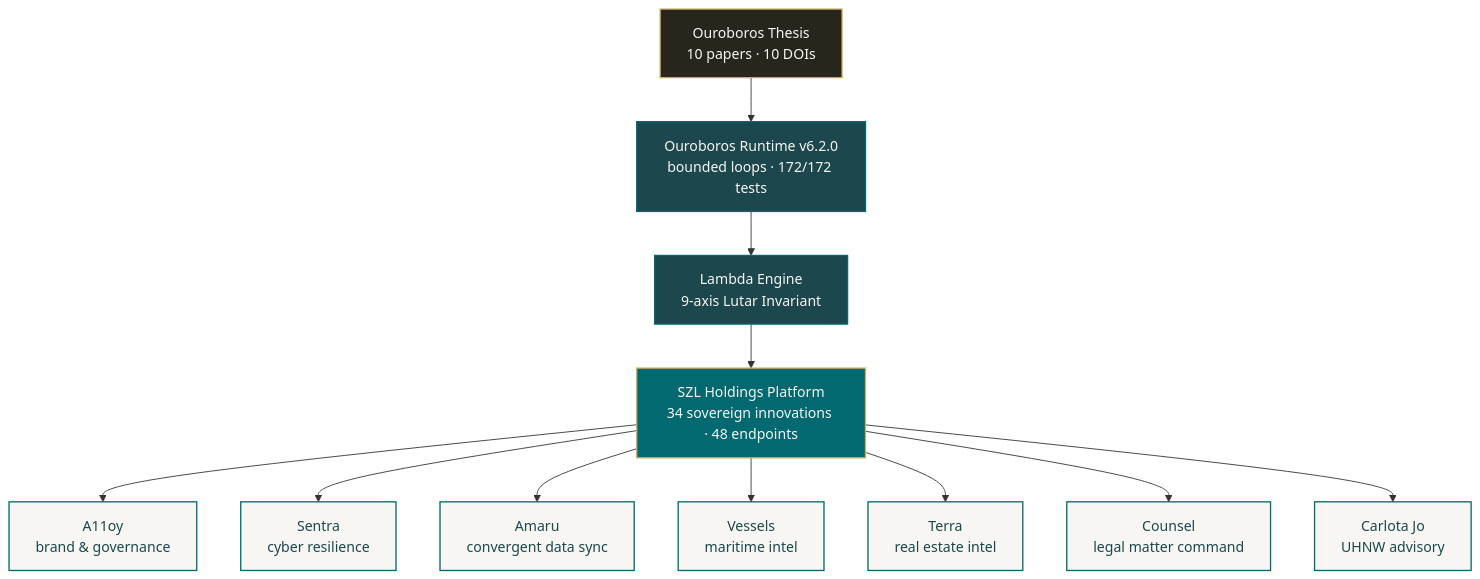
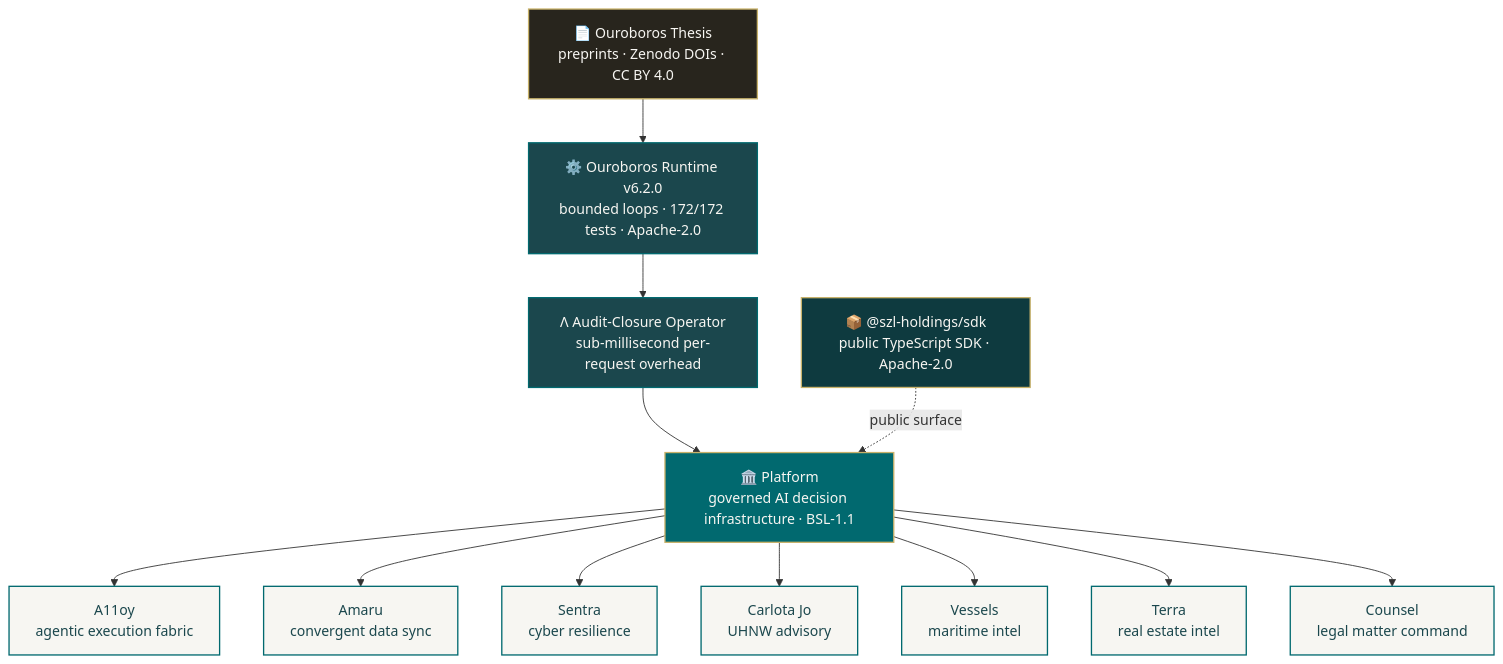
Before and after one commit to szl-holdings/.github: the diagram in profile/README.md, drawn with Mermaid. The commit also changed other lines of this file, not shown here.

````diff
--- a/profile/README.md
+++ b/profile/README.md
@@ -28,31 +41,32 @@
 ```mermaid
 flowchart TD
     classDef research fill:#28251D,stroke:#C8B26A,color:#F7F6F2,stroke-width:1.5px;
     classDef runtime  fill:#1B474D,stroke:#01696F,color:#F7F6F2,stroke-width:1.5px;
+    classDef sdk      fill:#0E3A3F,stroke:#C8B26A,color:#F7F6F2,stroke-width:1.5px;
     classDef platform fill:#01696F,stroke:#C8B26A,color:#F7F6F2,stroke-width:1.5px;
     classDef surface  fill:#F7F6F2,stroke:#01696F,color:#1B474D,stroke-width:1.5px;
 
-    T["Ouroboros Thesis<br/>10 papers · 10 DOIs"]:::research
-    R["Ouroboros Runtime v6.2.0<br/>bounded loops · 172/172 tests"]:::runtime
-    L["Lambda Engine<br/>9-axis Lutar Invariant"]:::runtime
-    P["SZL Holdings Platform<br/>34 sovereign innovations · 48 endpoints"]:::platform
+    T["📄 Ouroboros Thesis<br/>preprints · Zenodo DOIs · CC BY 4.0"]:::research
+    R["⚙️ Ouroboros Runtime v6.2.0<br/>bounded loops · 172/172 tests · Apache-2.0"]:::runtime
+    L["Λ Audit-Closure Operator<br/>sub-millisecond per-request overhead"]:::runtime
+    SDK["📦 @szl-holdings/sdk<br/>public TypeScript SDK · Apache-2.0"]:::sdk
+    P["🏛️ Platform<br/>governed AI decision infrastructure · BSL-1.1"]:::platform
 
-    A["A11oy<br/>brand & governance"]:::surface
+    A["A11oy<br/>agentic execution fabric"]:::surface
+    AM["Amaru<br/>convergent data sync"]:::surface
     S["Sentra<br/>cyber resilience"]:::surface
-    AM["Amaru<br/>convergent data sync"]:::surface
+    CJ["Carlota Jo<br/>UHNW advisory"]:::surface
     V["Vessels<br/>maritime intel"]:::surface
     TE["Terra<br/>real estate intel"]:::surface
     C["Counsel<br/>legal matter command"]:::surface
-    CJ["Carlota Jo<br/>UHNW advisory"]:::surface
 
-    T --> R
-    R --> L
-    L --> P
+    T --> R --> L --> P
+    SDK -.public surface.-> P
     P --> A
+    P --> AM
     P --> S
-    P --> AM
+    P --> CJ
     P --> V
     P --> TE
     P --> C
-    P --> CJ
 ```
````
